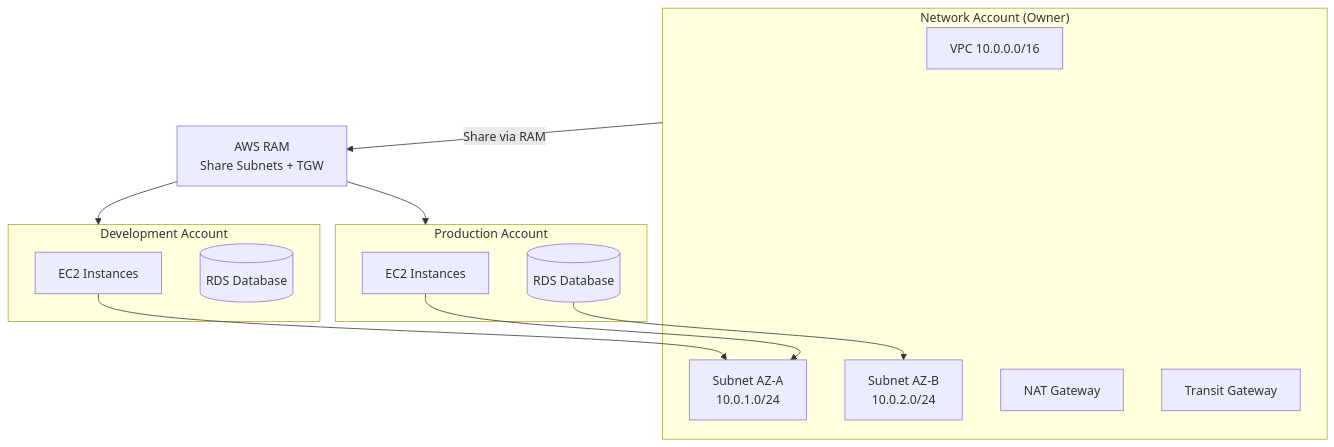
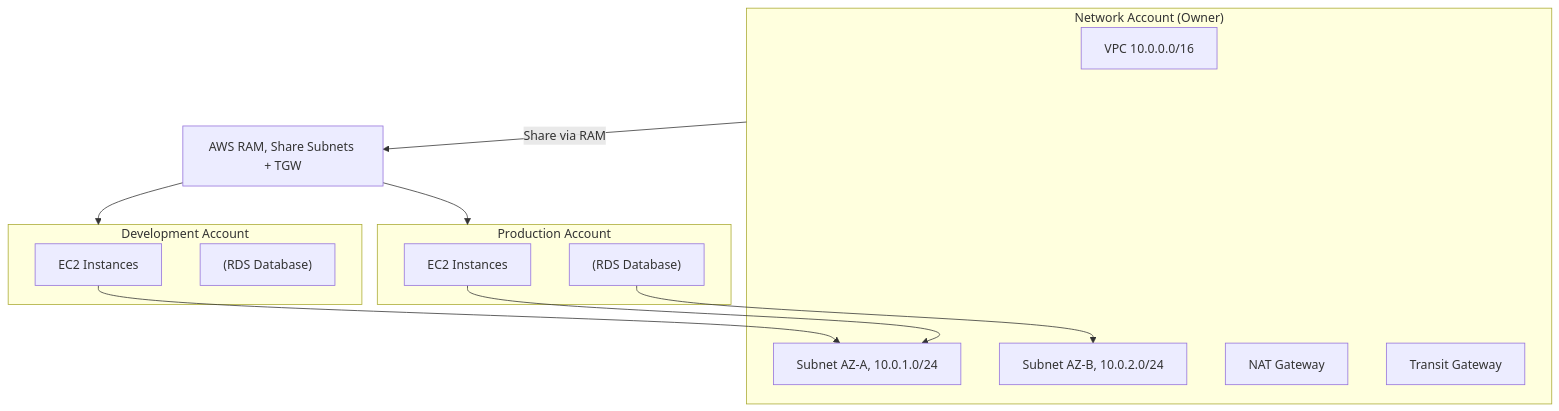
The diagram in Chapter_46_AWS_Resource_Access_Manager.md (DeeptiShuklaProject/Uday_AWS), drawn with Mermaid before and after one commit. The commit also changed 34 other files, not shown here.

Commit message:
Fix mermaid diagrams syntax across all chapters (quote labels and remove HTML)

````diff
--- a/Chapter_46_AWS_Resource_Access_Manager.md
+++ b/Chapter_46_AWS_Resource_Access_Manager.md
@@ -102,29 +102,29 @@
 ```mermaid
 flowchart TD
     subgraph Network["Network Account (Owner)"]
         VPC[VPC 10.0.0.0/16]
-        SubA[Subnet AZ-A<br>10.0.1.0/24]
-        SubB[Subnet AZ-B<br>10.0.2.0/24]
+        SubA["Subnet AZ-A, 10.0.1.0/24"]
+        SubB["Subnet AZ-B, 10.0.2.0/24"]
         NAT[NAT Gateway]
         TGW[Transit Gateway]
     end
     
-    RAM[AWS RAM<br>Share Subnets + TGW]
+    RAM["AWS RAM, Share Subnets + TGW"]
     
     subgraph Prod["Production Account"]
         EC2_P[EC2 Instances]
-        RDS_P[(RDS Database)]
+        RDS_P["(RDS Database)"]
     end
     
     subgraph Dev["Development Account"]
         EC2_D[EC2 Instances]
-        RDS_D[(RDS Database)]
+        RDS_D["(RDS Database)"]
     end
     
     Network -->|Share via RAM| RAM
     RAM --> Prod
     RAM --> Dev
     EC2_P --> SubA
     RDS_P --> SubB
     EC2_D --> SubA
 ```
````
